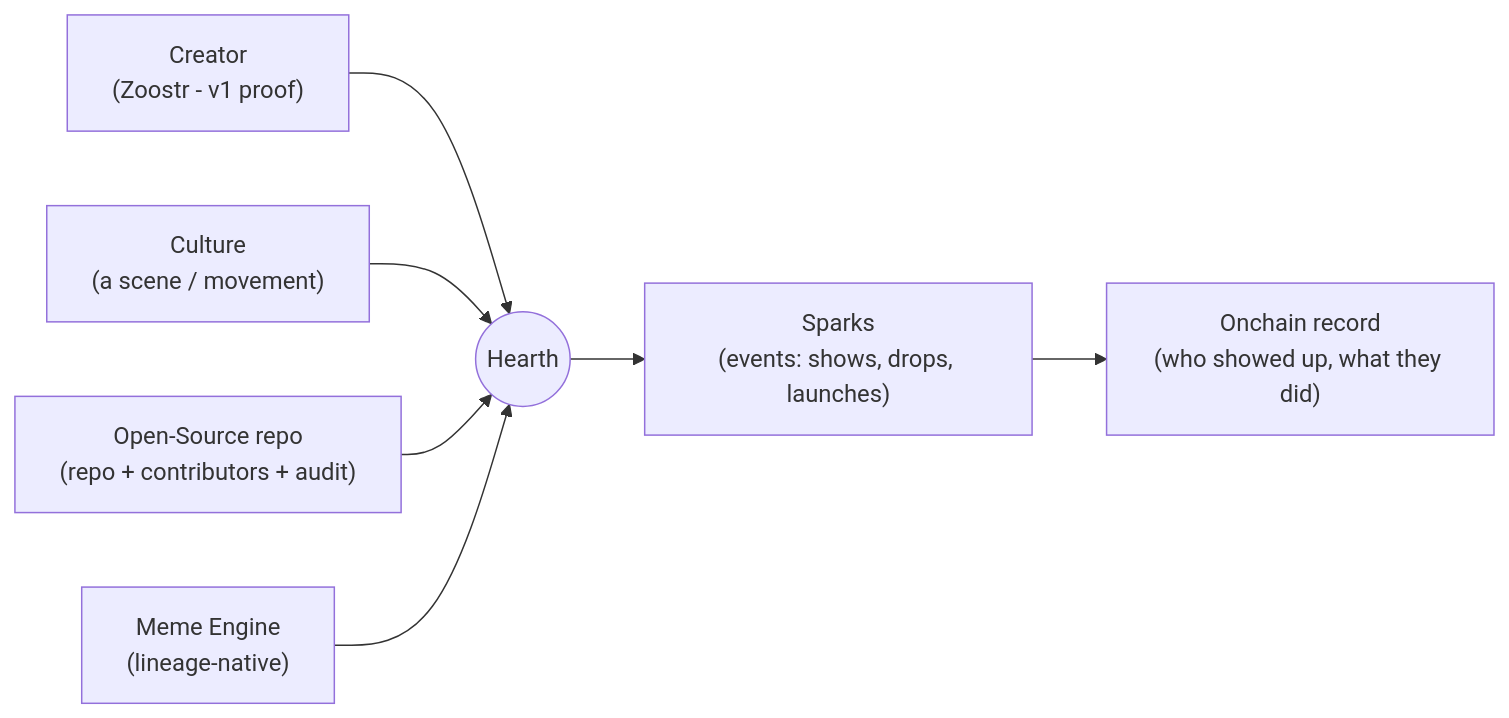
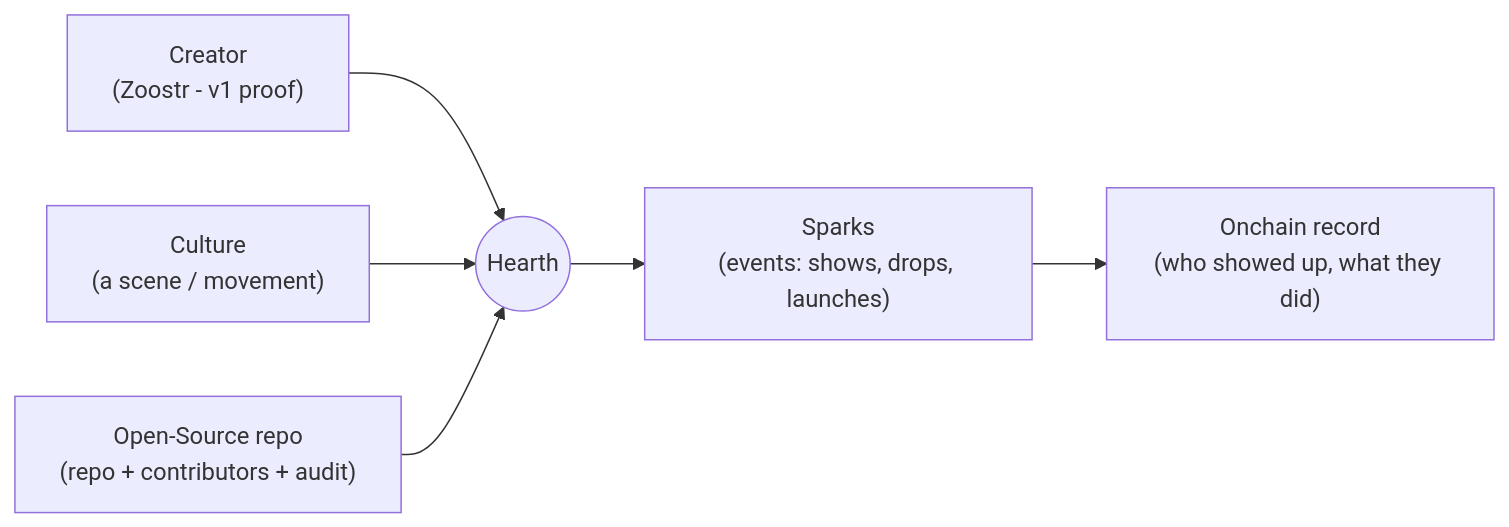
One commit to bettercallzaal/sparkz changed the first of 5 diagrams in README.md. Above: the diagram before and after it, drawn with Mermaid. The commit also changed other lines of this file and 79 other files, not shown here.

First line of the commit message:
remove the Meme Engine and Meme Receipts code, agent and docs (Zaal, 19 Nov 2026)

````diff
--- a/README.md
+++ b/README.md
@@ -178,9 +173,8 @@
 ```mermaid
 flowchart LR
   Creator["Creator<br/>(Zoostr - v1 proof)"] --> Hearth
   Culture["Culture<br/>(a scene / movement)"] --> Hearth
   OSS["Open-Source repo<br/>(repo + contributors + audit)"] --> Hearth
-  Meme["Meme Engine<br/>(lineage-native)"] --> Hearth
   Hearth(("Hearth")) --> Sparks["Sparks<br/>(events: shows, drops, launches)"]
   Sparks --> Record["Onchain record<br/>(who showed up, what they did)"]
 ```
````
